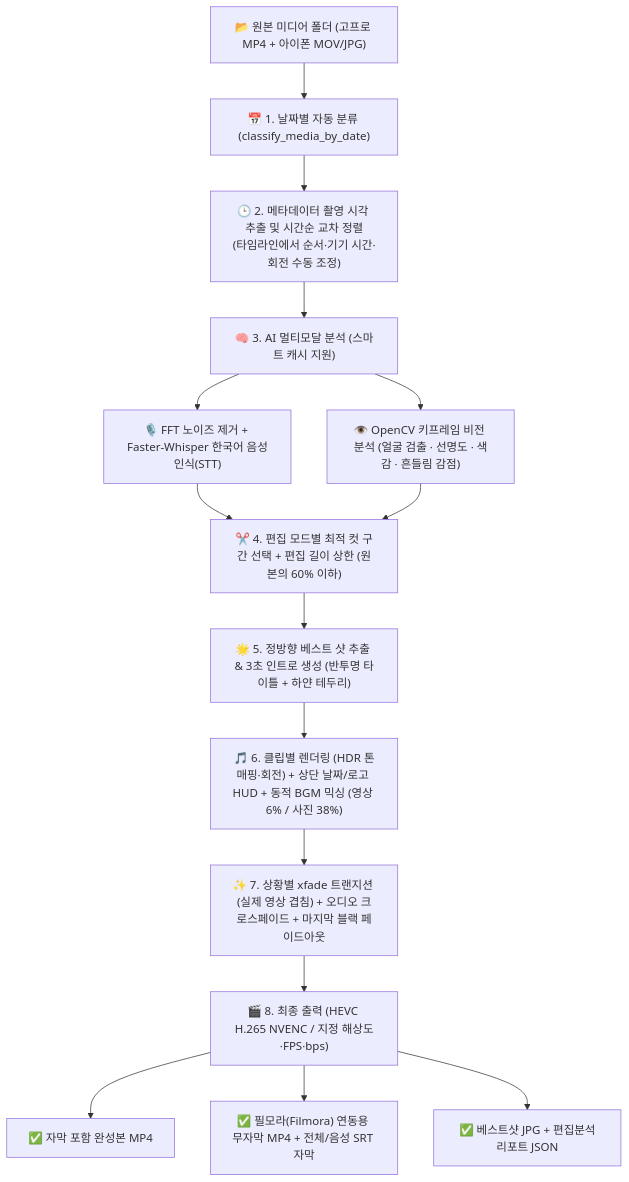
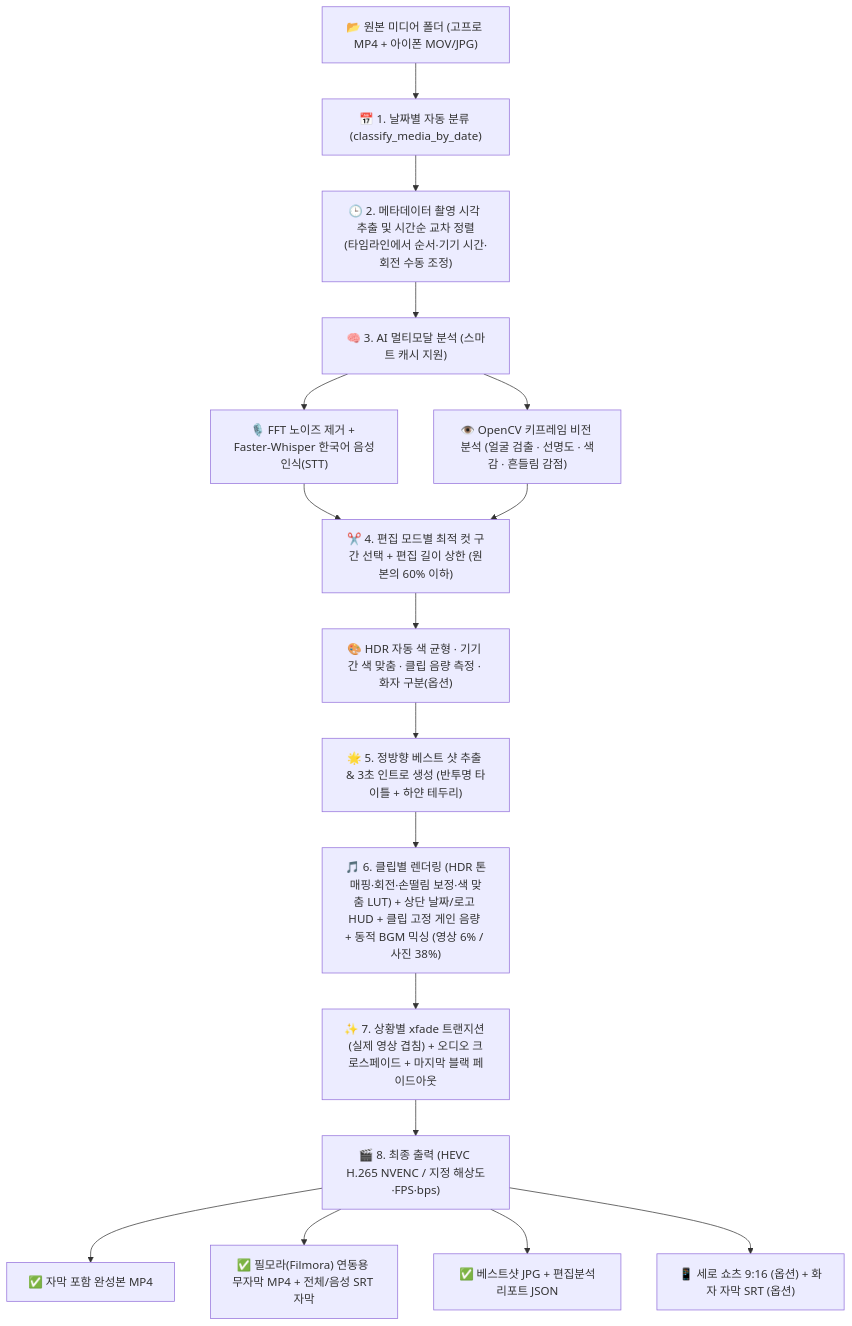
Before and after one commit to geniuth/autocut: the diagram in AutoCut_Studio_2026_문서.md, drawn with Mermaid. The commit also changed other lines of this file and 7 other files, not shown here.

````diff
--- a/AutoCut_Studio_2026_문서.md
+++ b/AutoCut_Studio_2026_문서.md
@@ -26,16 +27,18 @@
 ```mermaid
 flowchart TD
     A["📂 원본 미디어 폴더 (고프로 MP4 + 아이폰 MOV/JPG)"] --> B["📅 1. 날짜별 자동 분류 (classify_media_by_date)"]
     B --> C["🕒 2. 메타데이터 촬영 시각 추출 및 시간순 교차 정렬<br/>(타임라인에서 순서·기기 시간·회전 수동 조정)"]
     C --> D["🧠 3. AI 멀티모달 분석 (스마트 캐시 지원)"]
     D --> D1["🎙️ FFT 노이즈 제거 + Faster-Whisper 한국어 음성인식(STT)"]
     D --> D2["👁️ OpenCV 키프레임 비전 분석 (얼굴 검출 · 선명도 · 색감 · 흔들림 감점)"]
     D1 & D2 --> E["✂️ 4. 편집 모드별 최적 컷 구간 선택 + 편집 길이 상한 (원본의 60% 이하)"]
-    E --> F["🌟 5. 정방향 베스트 샷 추출 & 3초 인트로 생성 (반투명 타이틀 + 하얀 테두리)"]
-    F --> G["🎵 6. 클립별 렌더링 (HDR 톤매핑·회전) + 상단 날짜/로고 HUD + 동적 BGM 믹싱 (영상 6% / 사진 38%)"]
+    E --> E2["🎨 HDR 자동 색 균형 · 기기 간 색 맞춤 · 클립 음량 측정 · 화자 구분(옵션)"]
+    E2 --> F["🌟 5. 정방향 베스트 샷 추출 & 3초 인트로 생성 (반투명 타이틀 + 하얀 테두리)"]
+    F --> G["🎵 6. 클립별 렌더링 (HDR 톤매핑·회전·손떨림 보정·색 맞춤 LUT) + 상단 날짜/로고 HUD + 클립 고정 게인 음량 + 동적 BGM 믹싱 (영상 6% / 사진 38%)"]
     G --> H["✨ 7. 상황별 xfade 트랜지션 (실제 영상 겹침) + 오디오 크로스페이드 + 마지막 블랙 페이드아웃"]
     H --> I["🎬 8. 최종 출력 (HEVC H.265 NVENC / 지정 해상도·FPS·bps)"]
     I --> O1["✅ 자막 포함 완성본 MP4"]
     I --> O2["✅ 필모라(Filmora) 연동용 무자막 MP4 + 전체/음성 SRT 자막"]
     I --> O3["✅ 베스트샷 JPG + 편집분석리포트 JSON"]
+    I --> O4["📱 세로 쇼츠 9:16 (옵션) + 화자 자막 SRT (옵션)"]
 ```
````
